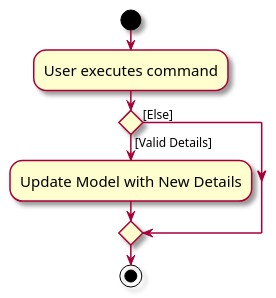
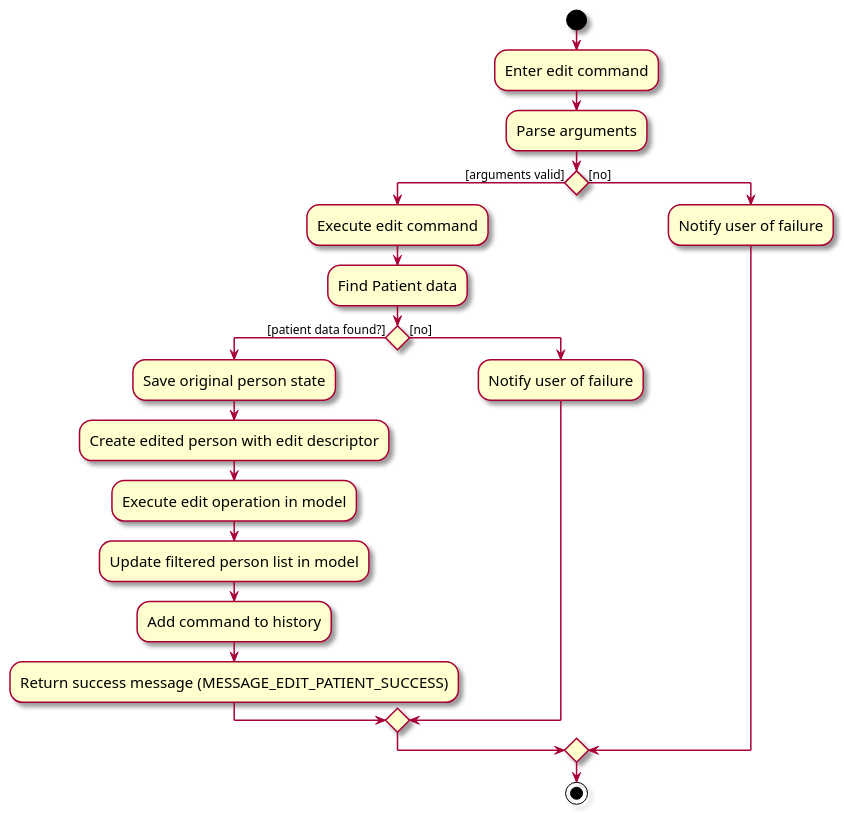
The diagram in diagrams/EditActivityDiagram.puml (AY2324S1-CS2103T-T14-3/tp), drawn with PlantUML before and after one commit. The commit also changed other lines of this file and 41 other files, not shown here.

```diff
--- a/diagrams/EditActivityDiagram.puml
+++ b/diagrams/EditActivityDiagram.puml
@@ -1,14 +1,37 @@
 @startuml
 skin rose
 skinparam ActivityFontSize 15
 skinparam ArrowFontSize 12
 
 start
-:User executes command;
+:Enter edit command;
+:Parse arguments;
 
-if () then ([Valid Details])
-  :Update Model with New Details;
-else ([Else])
+if () then ([arguments valid])
+
+:Execute edit command;
+:Find Patient data;
+
+if () then ([patient data found?])
+
+:Save original person state;
+:Create edited person with edit descriptor;
+:Execute edit operation in model;
+:Update filtered person list in model;
+:Add command to history;
+:Return success message (MESSAGE_EDIT_PATIENT_SUCCESS);
+else ([no])
+
+:Notify user of failure;
 endif
+
+else ([no])
+
+:Notify user of failure;
+
+endif
+
 stop
+
+
 @enduml
```
